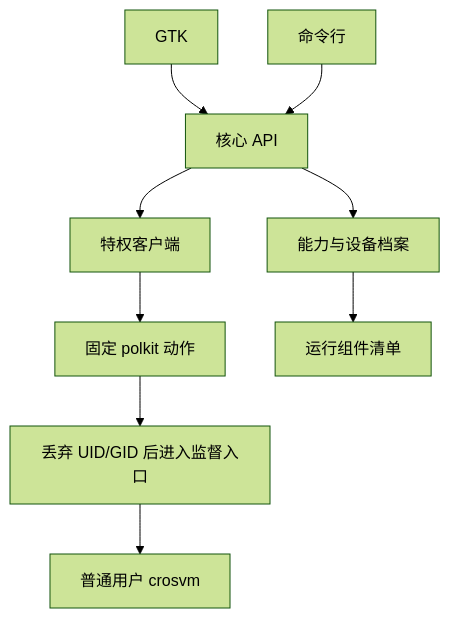
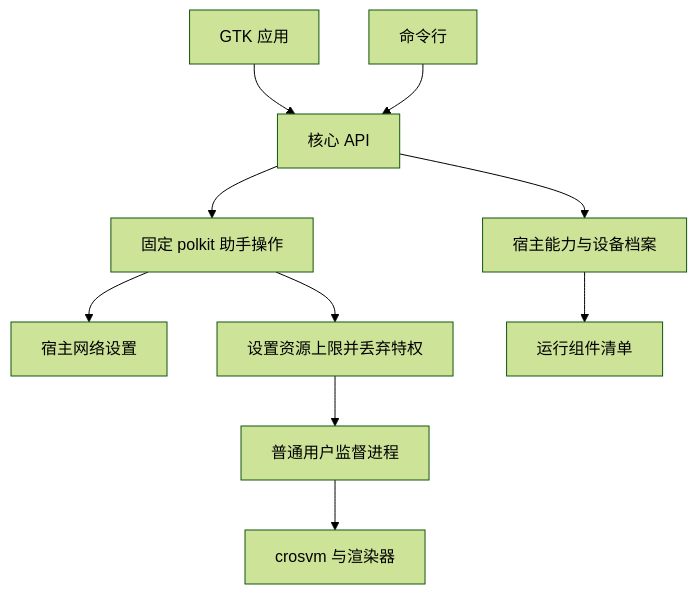
Before and after one commit to yzddmr6/GunyahVM: the diagram in docs/architecture.zh-CN.md, drawn with Mermaid (forest theme). The commit also changed other lines of this file and 17 other files, not shown here.

````diff
--- a/docs/architecture.zh-CN.md
+++ b/docs/architecture.zh-CN.md
@@ -16,11 +11,12 @@
 ```mermaid
 flowchart TD
-    GUI[GTK] --> API[核心 API]
-    CLI[命令行] --> API
-    API --> CAP[能力与设备档案]
-    API --> PC[特权客户端]
-    PC --> PH[固定 polkit 动作]
-    PH --> ENTRY[丢弃 UID/GID 后进入监督入口]
-    ENTRY --> VMM[普通用户 crosvm]
+    GUI[GTK 应用] --> CORE[核心 API]
+    CLI[命令行] --> CORE
+    CORE --> CAP[宿主能力与设备档案]
+    CORE --> HELPER[固定 polkit 助手操作]
+    HELPER --> NET[宿主网络设置]
+    HELPER --> DROP[设置资源上限并丢弃特权]
+    DROP --> SUP[普通用户监督进程]
+    SUP --> VMM[crosvm 与渲染器]
     CAP --> MAN[运行组件清单]
 ```
````
